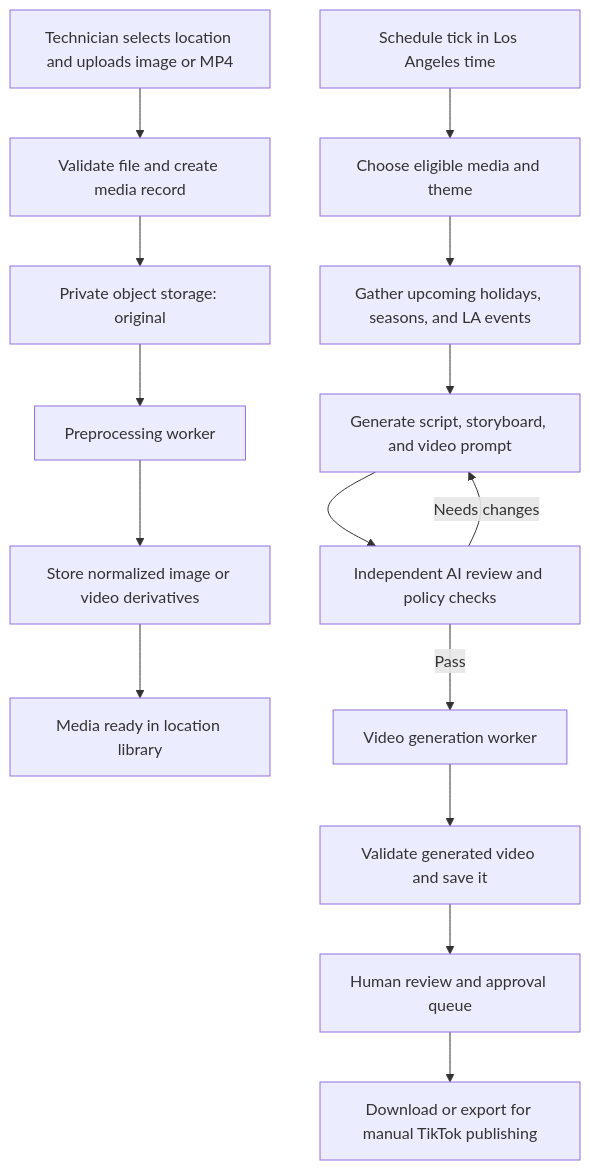
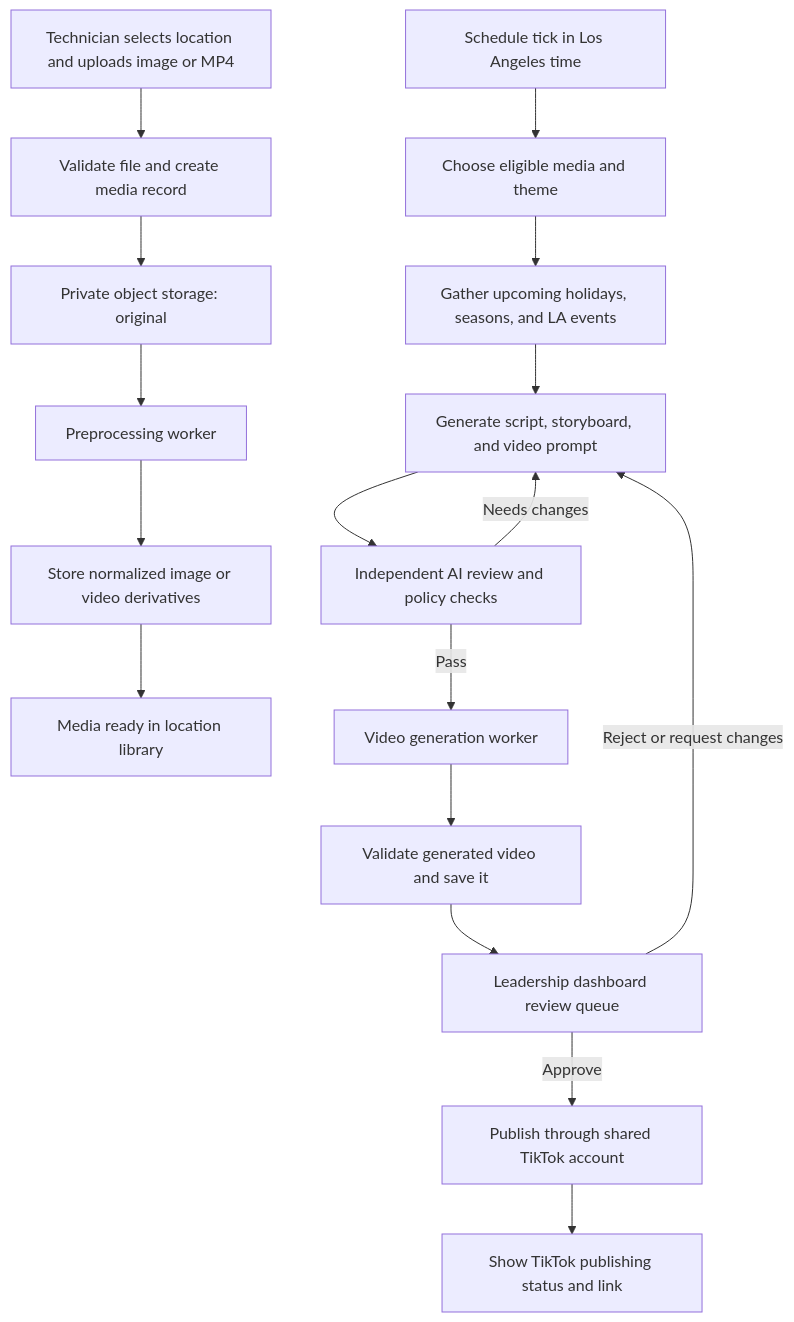
One commit to EPC310TECH/bellacure_content_engine changed the diagram in ARCHITECTURE.md. Above: the diagram before and after it, drawn with Mermaid. The commit also changed other lines of this file, not shown here.

Commit message:
Document role-based dashboards and TikTok publishing

````diff
--- a/ARCHITECTURE.md
+++ b/ARCHITECTURE.md
@@ -24,17 +25,19 @@
 ```mermaid
 flowchart TD
     A[Technician selects location and uploads image or MP4] --> B[Validate file and create media record]
     B --> C[Private object storage: original]
     C --> D[Preprocessing worker]
     D --> E[Store normalized image or video derivatives]
     E --> F[Media ready in location library]
     G[Schedule tick in Los Angeles time] --> H[Choose eligible media and theme]
     H --> I[Gather upcoming holidays, seasons, and LA events]
     I --> J[Generate script, storyboard, and video prompt]
     J --> K[Independent AI review and policy checks]
     K -->|Pass| L[Video generation worker]
     K -->|Needs changes| J
     L --> M[Validate generated video and save it]
-    M --> N[Human review and approval queue]
-    N --> O[Download or export for manual TikTok publishing]
+    M --> N[Leadership dashboard review queue]
+    N -->|Reject or request changes| J
+    N -->|Approve| O[Publish through shared TikTok account]
+    O --> P[Show TikTok publishing status and link]
 ```
````
